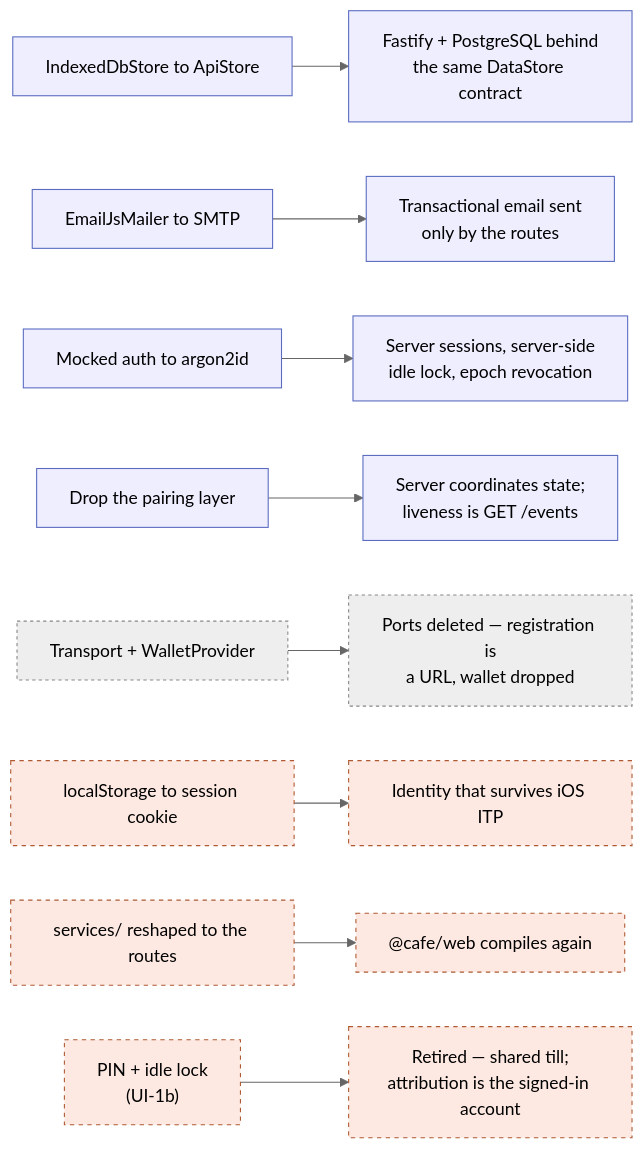
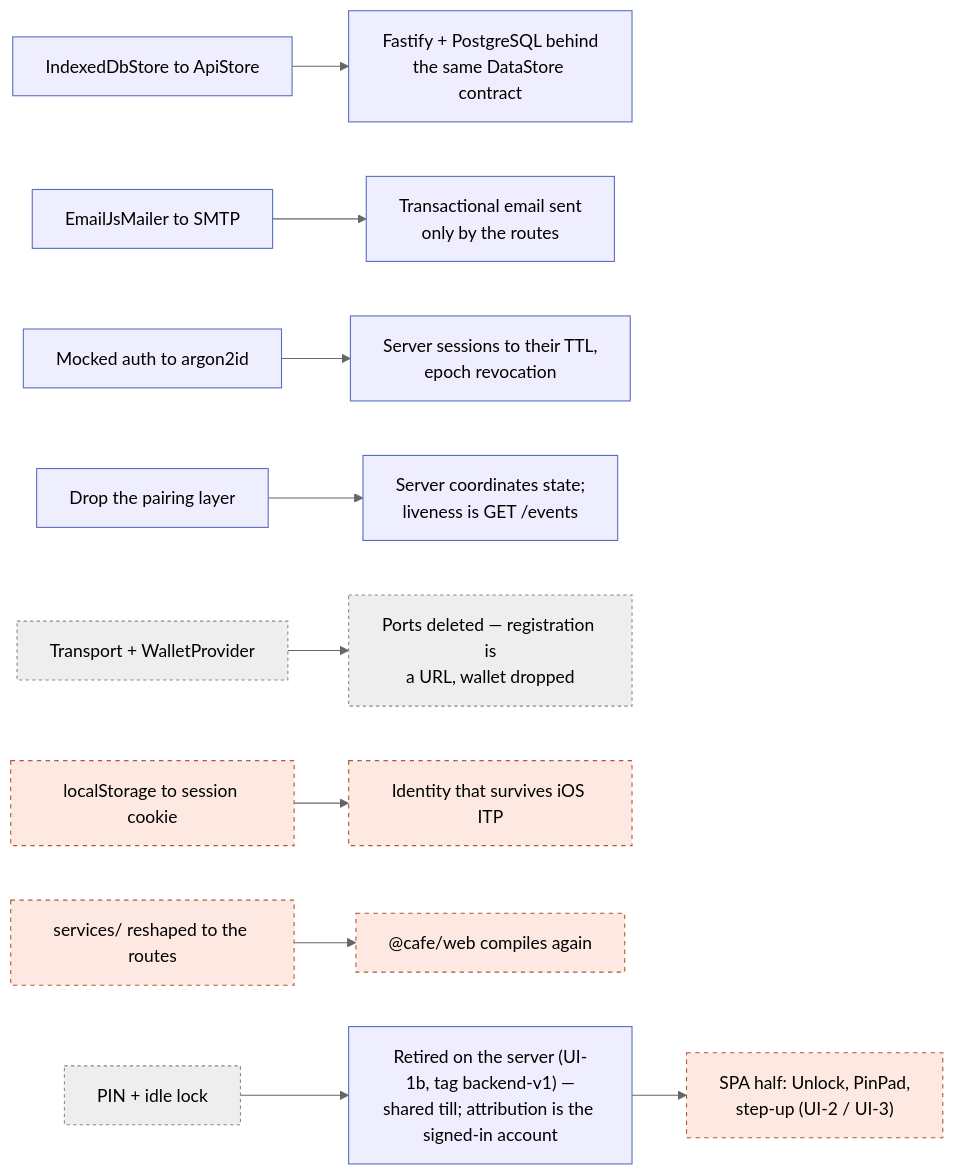
The sixth of 6 diagrams in README.md (misch0n/loyalty-system), drawn with Mermaid (neutral theme) before and after one commit. The commit also changed other lines of this file and 46 other files, not shown here.

````diff
--- a/README.md
+++ b/README.md
@@ -533,15 +537,16 @@
 ```mermaid
 flowchart LR
     A["IndexedDbStore to ApiStore"]:::done --> B["Fastify + PostgreSQL behind<br/>the same DataStore contract"]:::done
     E["EmailJsMailer to SMTP"]:::done --> F["Transactional email sent<br/>only by the routes"]:::done
-    K["Mocked auth to argon2id"]:::done --> L["Server sessions, server-side<br/>idle lock, epoch revocation"]:::done
+    K["Mocked auth to argon2id"]:::done --> L["Server sessions to their TTL,<br/>epoch revocation"]:::done
     M["Drop the pairing layer"]:::done --> N["Server coordinates state;<br/>liveness is GET /events"]:::done
     O["Transport + WalletProvider"]:::cut --> P["Ports deleted — registration is<br/>a URL, wallet dropped"]:::cut
     G["localStorage to session cookie"]:::todo --> H["Identity that survives iOS ITP"]:::todo
     Q["services/ reshaped to the routes"]:::todo --> R["@cafe/web compiles again"]:::todo
-    S["PIN + idle lock<br/>(UI-1b)"]:::todo --> T["Retired — shared till;<br/>attribution is the signed-in account"]:::todo
+    S["PIN + idle lock"]:::cut --> T["Retired on the server (UI-1b, tag backend-v1) —<br/>shared till; attribution is the signed-in account"]:::done
+    T --> U["SPA half: Unlock, PinPad,<br/>step-up (UI-2 / UI-3)"]:::todo
 
     classDef done fill:#eef,stroke:#5b6cc0;
     classDef cut fill:#eee,stroke:#888,stroke-dasharray:3;
     classDef todo fill:#fde9e2,stroke:#af5a33,stroke-dasharray:4;
 ```
````
